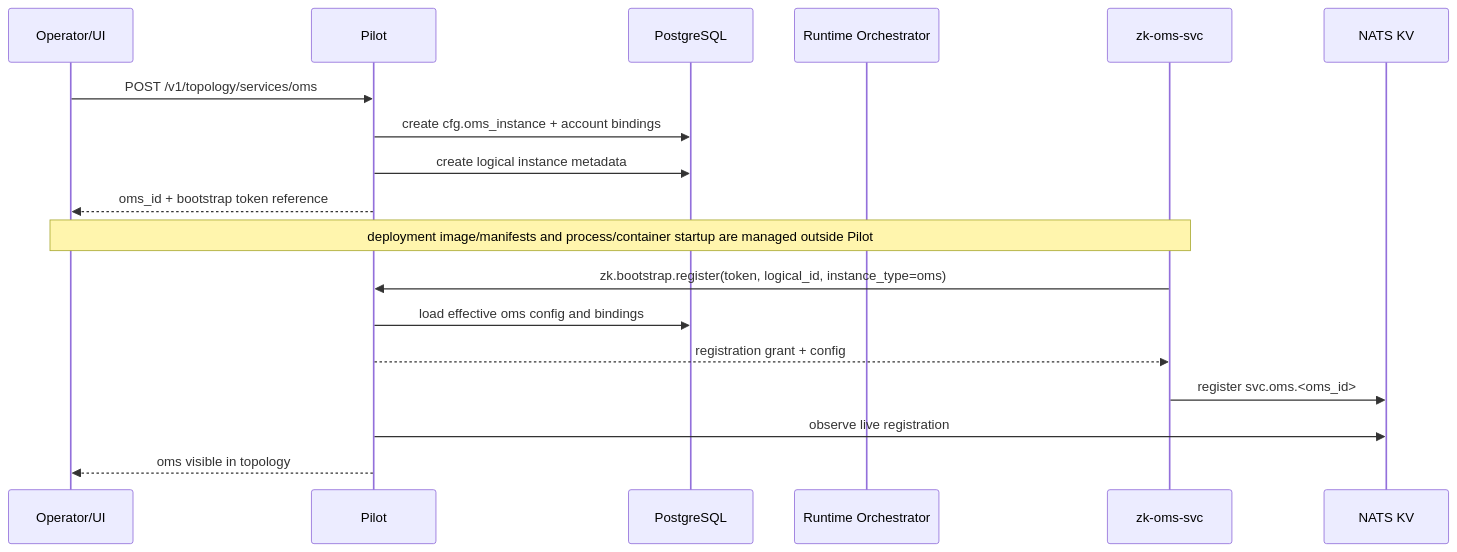
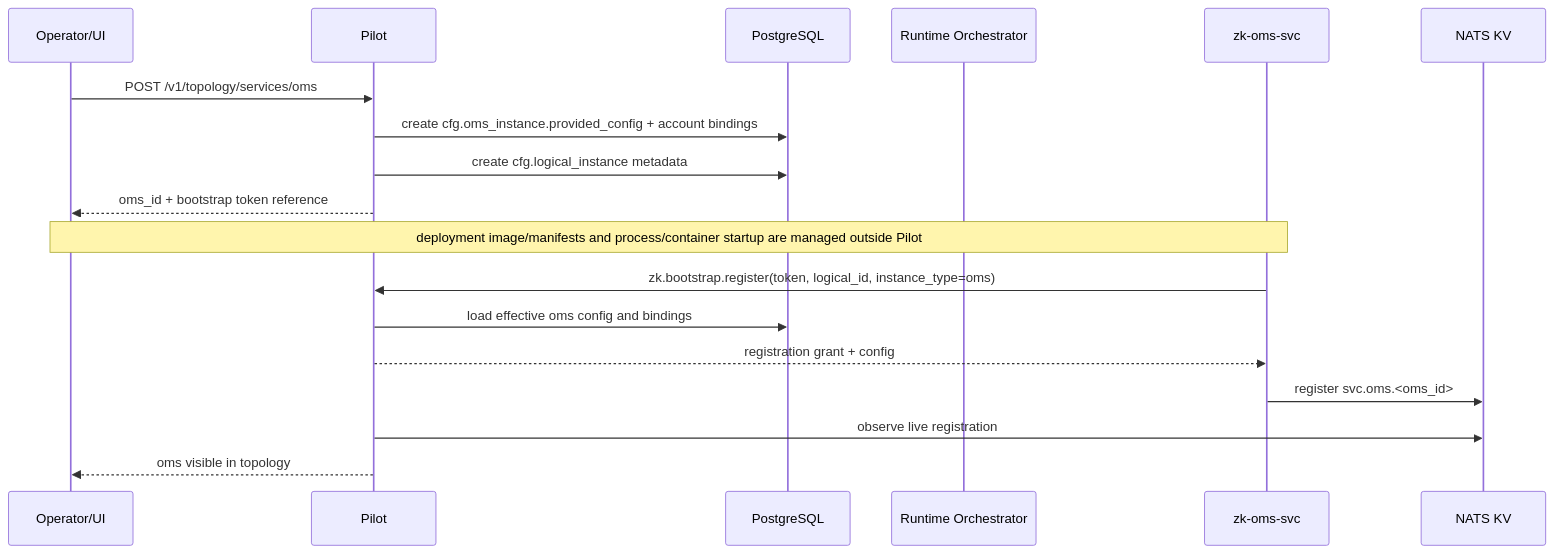
The second of 7 diagrams in docs/system-arch/services/pilot_service.md (soyvv/zkbot), drawn with Mermaid before and after one commit. The commit also changed other lines of this file and 95 other files, not shown here.

````diff
--- a/docs/system-arch/services/pilot_service.md
+++ b/docs/system-arch/services/pilot_service.md
@@ -1550,22 +1564,22 @@
 ```mermaid
 sequenceDiagram
     participant U as Operator/UI
     participant P as Pilot
     participant DB as PostgreSQL
     participant R as Runtime Orchestrator
     participant OMS as zk-oms-svc
     participant KV as NATS KV
 
     U->>P: POST /v1/topology/services/oms
-    P->>DB: create cfg.oms_instance + account bindings
-    P->>DB: create logical instance metadata
+    P->>DB: create cfg.oms_instance.provided_config + account bindings
+    P->>DB: create cfg.logical_instance metadata
     P-->>U: oms_id + bootstrap token reference
 
     Note over U,OMS: deployment image/manifests and process/container startup are managed outside Pilot
     OMS->>P: zk.bootstrap.register(token, logical_id, instance_type=oms)
     P->>DB: load effective oms config and bindings
     P-->>OMS: registration grant + config
     OMS->>KV: register svc.oms.<oms_id>
     P->>KV: observe live registration
     P-->>U: oms visible in topology
 ```
````
